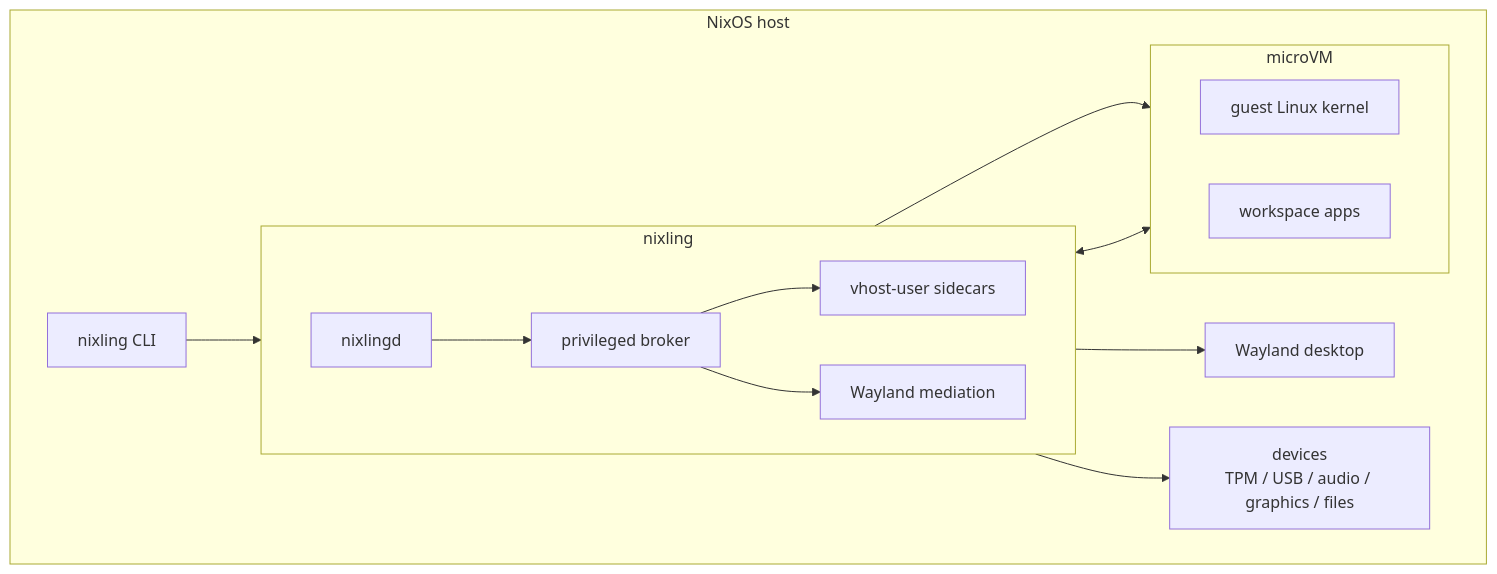
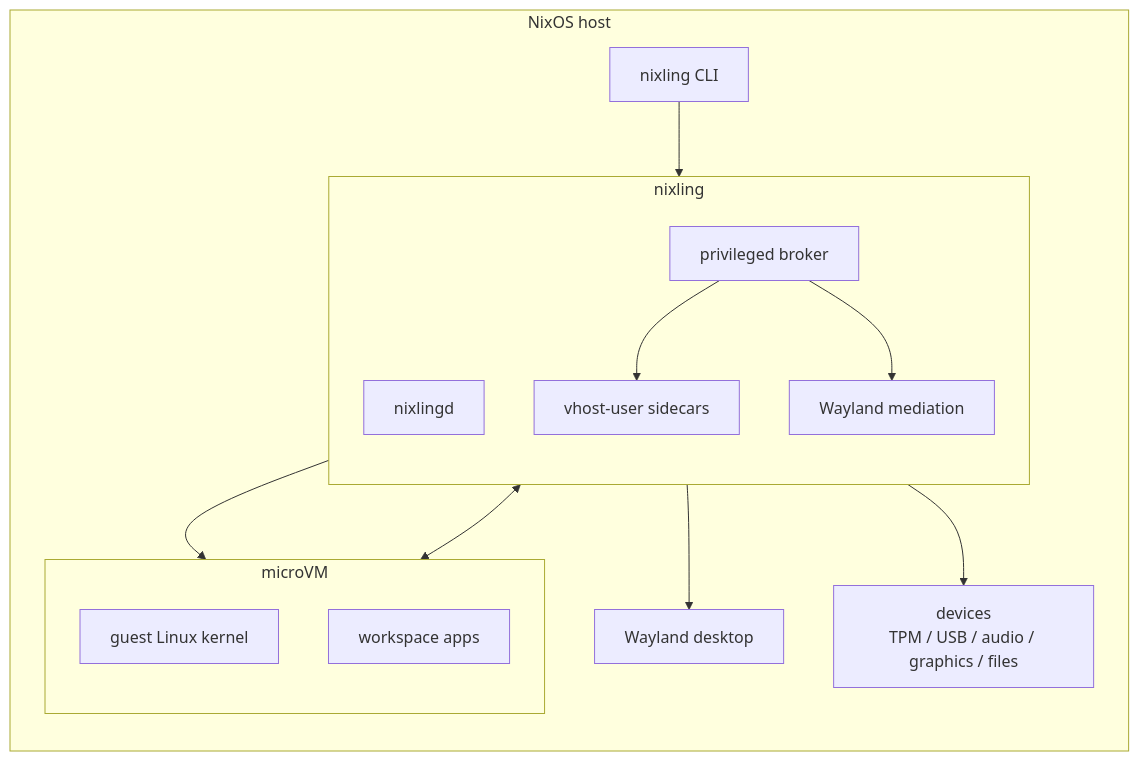
One commit to vicondoa/d2b changed the diagram in README.md. Above: the diagram before and after it, drawn with Mermaid.

Commit message:
docs: switch README diagram top-down
Keep the simplified README architecture diagram but render it top-down and leave nixlingd and the privileged broker unconnected inside the nixling box.

````diff
--- a/README.md
+++ b/README.md
@@ -37,32 +37,31 @@
 ```mermaid
-flowchart LR
+flowchart TB
     subgraph host["NixOS host"]
-        direction LR
+        direction TB
         cli["nixling CLI"]
         desktop["Wayland desktop"]
         devices["devices<br/>TPM / USB / audio / graphics / files"]
 
         subgraph nixling_box["nixling"]
-            direction LR
+            direction TB
             nixlingd["nixlingd"]
             broker["privileged broker"]
             vhost["vhost-user sidecars"]
             wayland["Wayland mediation"]
         end
 
         subgraph vm["microVM"]
-            direction LR
+            direction TB
             kernel["guest Linux kernel"]
             apps["workspace apps"]
         end
     end
 
     cli --> nixlingd
-    nixlingd --> broker
     broker --> vm
     broker --> vhost
     broker --> wayland
     wayland --> desktop
     vhost --> devices
     vhost <--> vm
 ```
````
